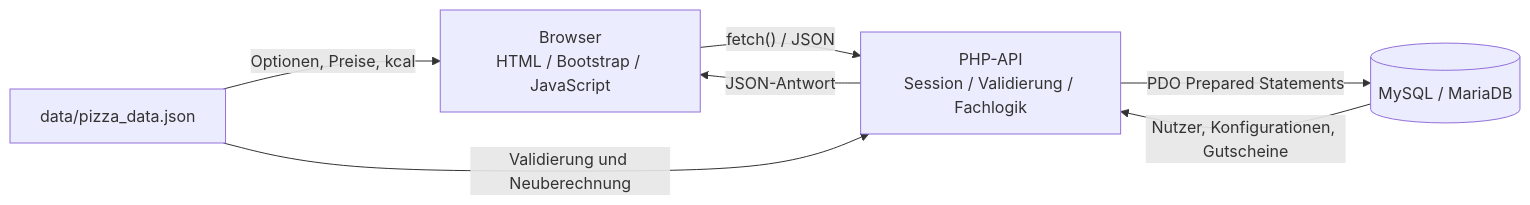
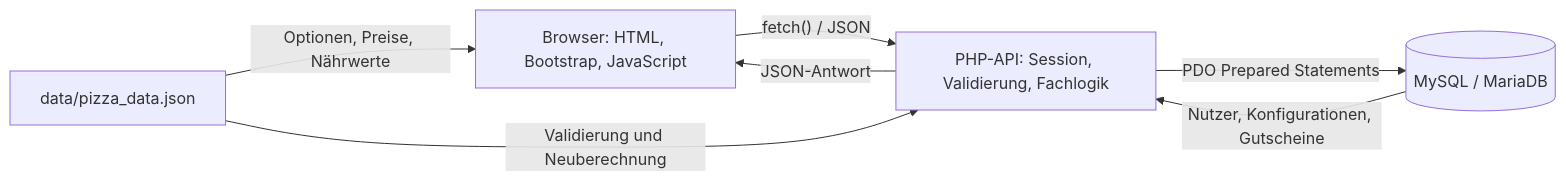
The diagram in docs/arch/A08-cross-cutting-concepts.md (Familienmann89/Pizza-Tracker-), drawn with Mermaid before and after one commit. The commit also changed other lines of this file, not shown here.

````diff
--- a/docs/arch/A08-cross-cutting-concepts.md
+++ b/docs/arch/A08-cross-cutting-concepts.md
@@ -670,14 +686,14 @@
 ```mermaid
 flowchart LR
-    B["Browser<br>HTML / Bootstrap / JavaScript"]
+    B["Browser: HTML, Bootstrap, JavaScript"]
     D["data/pizza_data.json"]
-    A["PHP-API<br>Session / Validierung / Fachlogik"]
+    A["PHP-API: Session, Validierung, Fachlogik"]
     DB[("MySQL / MariaDB")]
 
-    D -->|"Optionen, Preise, kcal"| B
+    D -->|"Optionen, Preise, Nährwerte"| B
     B -->|"fetch() / JSON"| A
     A -->|"JSON-Antwort"| B
     D -->|"Validierung und Neuberechnung"| A
     A -->|"PDO Prepared Statements"| DB
     DB -->|"Nutzer, Konfigurationen, Gutscheine"| A
 ```
````
